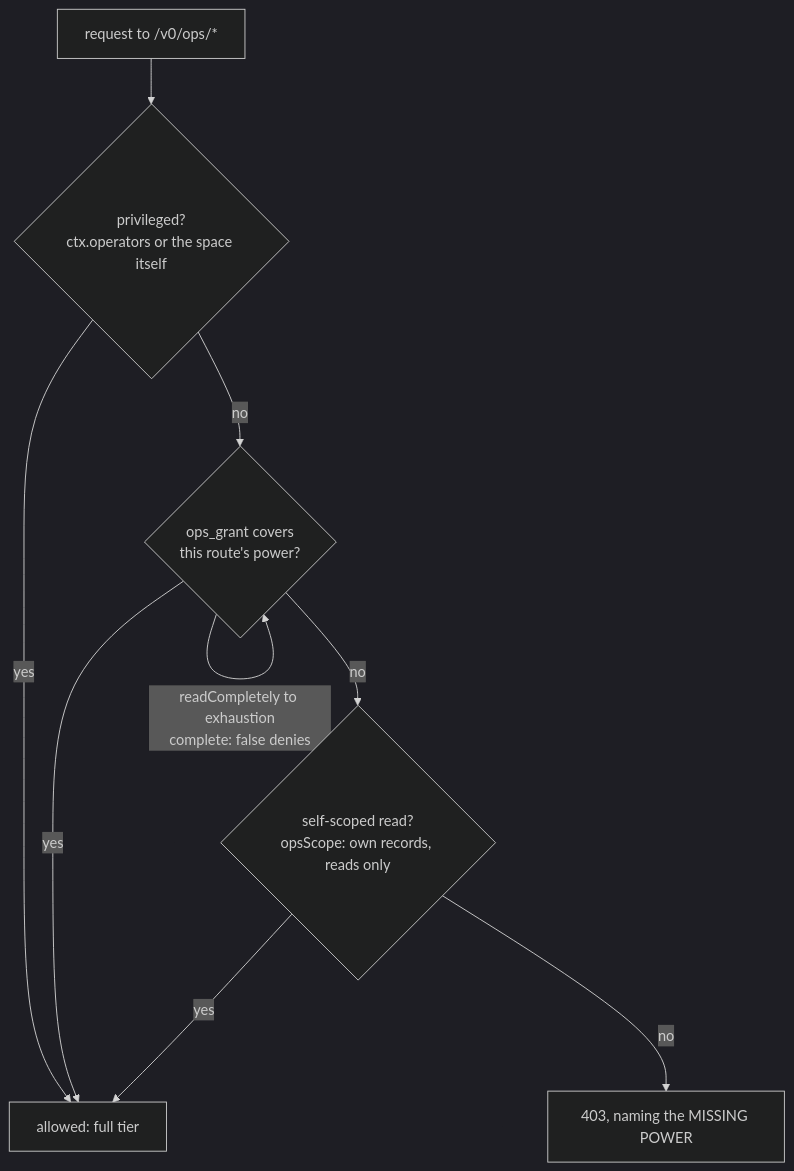
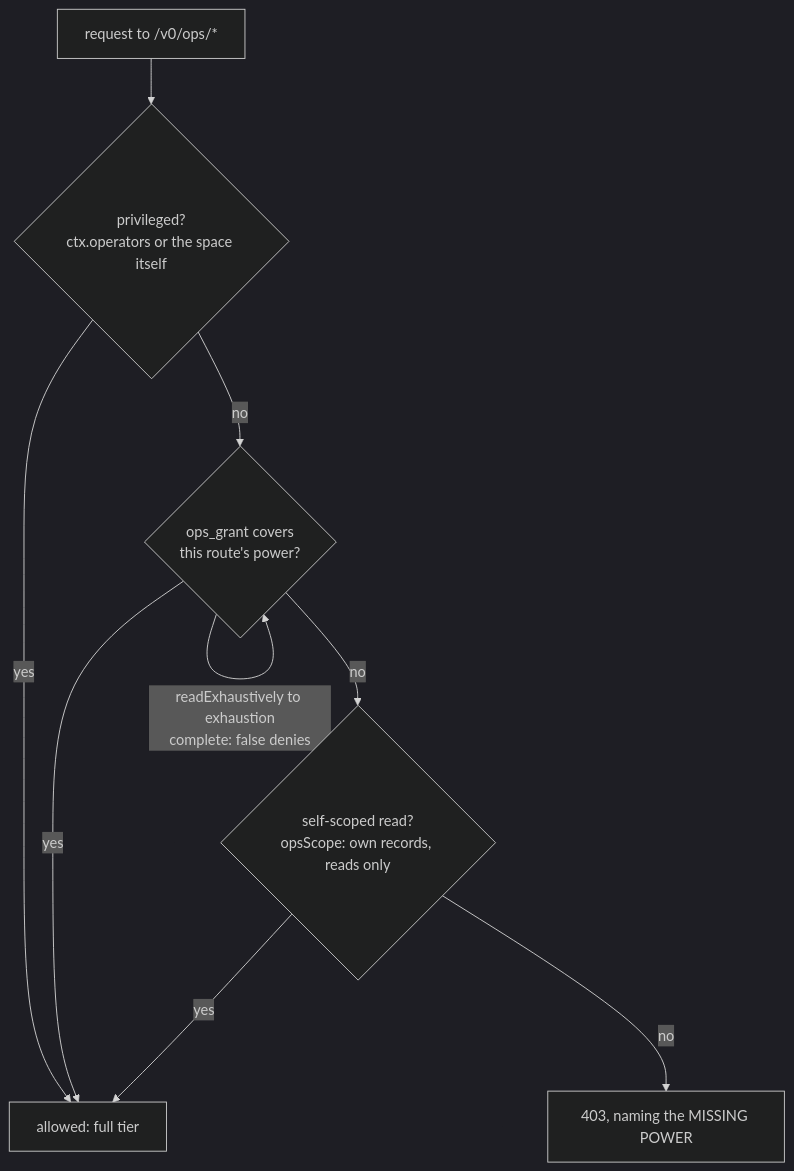
Before and after one commit to wistrand/radia: the diagram in agent_docs/architecture-ops-tiers.md, drawn with Mermaid (dark theme). The commit also changed other lines of this file and 25 other files, not shown here.

````diff
--- a/agent_docs/architecture-ops-tiers.md
+++ b/agent_docs/architecture-ops-tiers.md
@@ -83,11 +83,11 @@
 ```mermaid
 flowchart TB
     R["request to /v0/ops/*"] --> P{"privileged?<br/>ctx.operators or the space itself"}
     P -->|yes| A["allowed: full tier"]
     P -->|no| G{"ops_grant covers<br/>this route's power?"}
-    G -->|"readCompletely to exhaustion<br/>complete: false denies"| G
+    G -->|"readExhaustively to exhaustion<br/>complete: false denies"| G
     G -->|yes| A
     G -->|no| S{"self-scoped read?<br/>opsScope: own records, reads only"}
     S -->|yes| A
     S -->|no| D["403, naming the MISSING POWER"]
 ```
````
